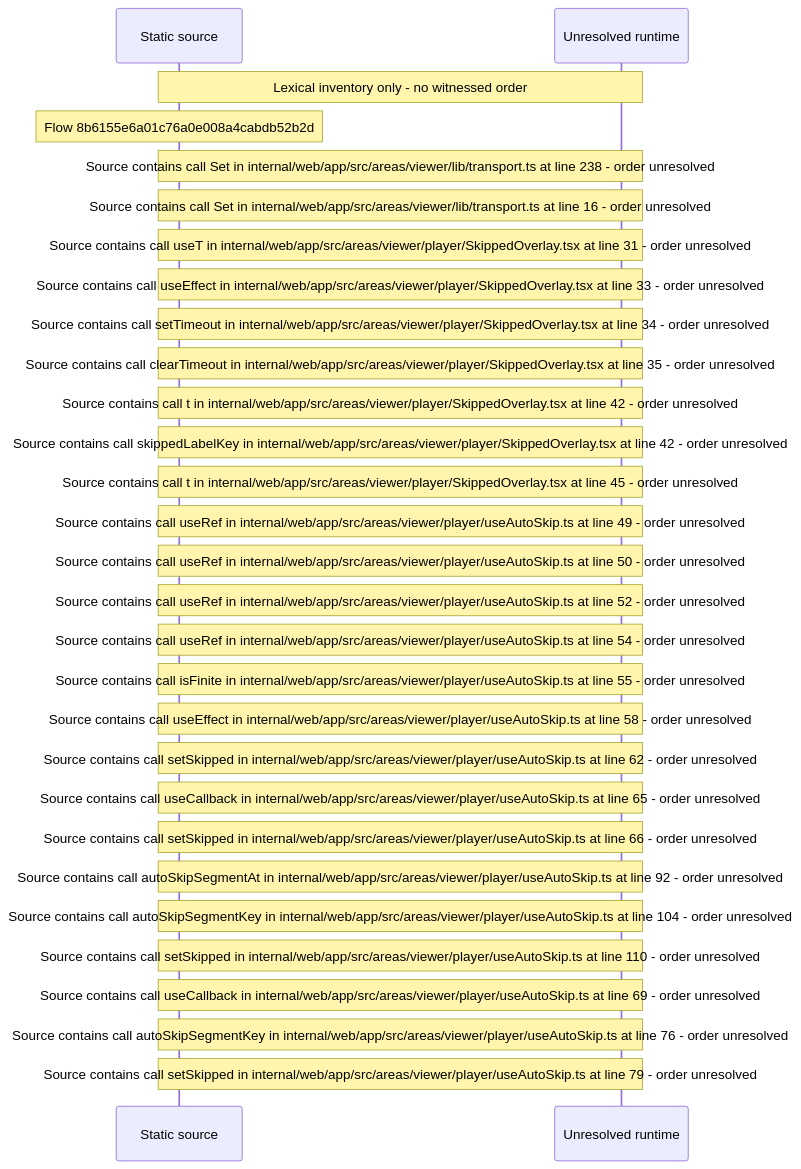
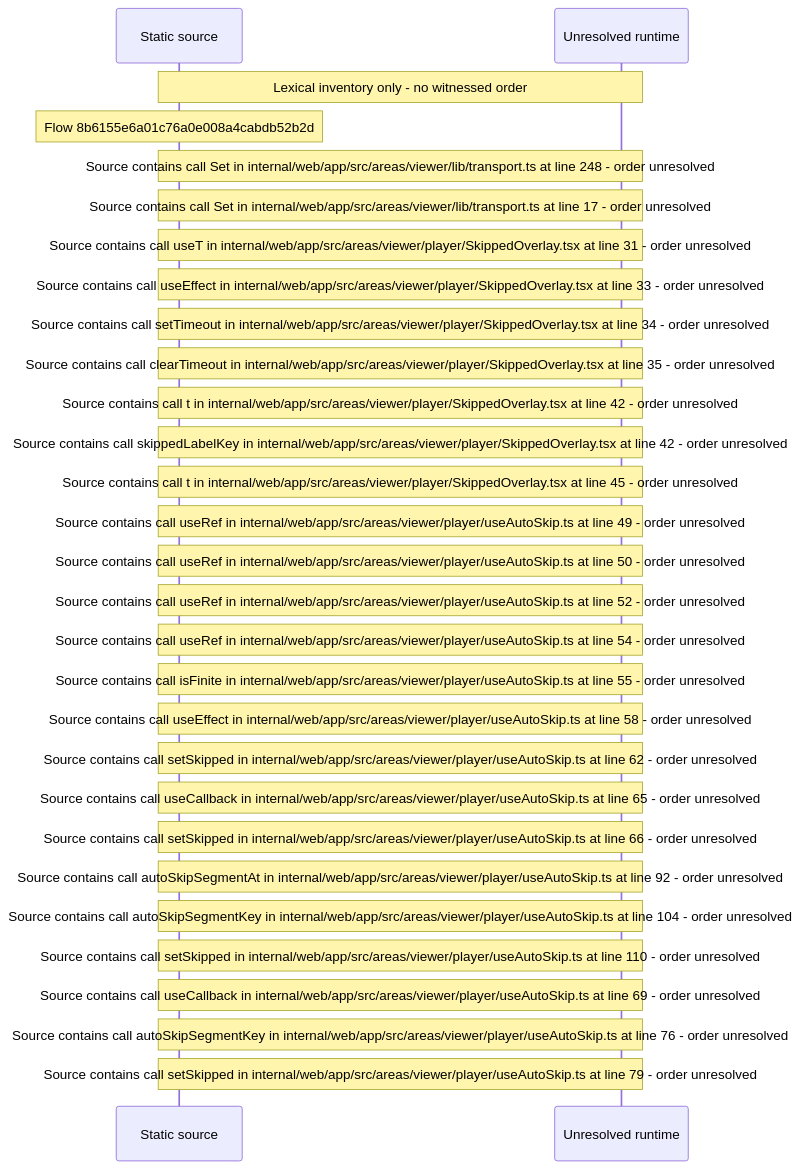
Before and after one commit to beamfall/core: the diagram in docs/web/flows/generated/8b6155e6a01c76a0e008a4cabdb52b2d/flow-diagram.md, drawn with Mermaid. The commit also changed other lines of this file and 715 other files, not shown here.

Commit message:
Regenerate the web flow record on the landing stack head (CORE-1762)

````diff
--- a/docs/web/flows/generated/8b6155e6a01c76a0e008a4cabdb52b2d/flow-diagram.md
+++ b/docs/web/flows/generated/8b6155e6a01c76a0e008a4cabdb52b2d/flow-diagram.md
@@ -10,31 +10,31 @@
 ```mermaid
 sequenceDiagram
     participant S as Static source
     participant U as Unresolved runtime
     Note over S,U: Lexical inventory only - no witnessed order
     Note over S: Flow 8b6155e6a01c76a0e008a4cabdb52b2d
-    Note over S,U: Source contains call Set in internal/web/app/src/areas/viewer/lib/transport.ts at line 238 - order unresolved
-    Note over S,U: Source contains call Set in internal/web/app/src/areas/viewer/lib/transport.ts at line 16 - order unresolved
+    Note over S,U: Source contains call Set in internal/web/app/src/areas/viewer/lib/transport.ts at line 248 - order unresolved
+    Note over S,U: Source contains call Set in internal/web/app/src/areas/viewer/lib/transport.ts at line 17 - order unresolved
     Note over S,U: Source contains call useT in internal/web/app/src/areas/viewer/player/SkippedOverlay.tsx at line 31 - order unresolved
     Note over S,U: Source contains call useEffect in internal/web/app/src/areas/viewer/player/SkippedOverlay.tsx at line 33 - order unresolved
     Note over S,U: Source contains call setTimeout in internal/web/app/src/areas/viewer/player/SkippedOverlay.tsx at line 34 - order unresolved
     Note over S,U: Source contains call clearTimeout in internal/web/app/src/areas/viewer/player/SkippedOverlay.tsx at line 35 - order unresolved
     Note over S,U: Source contains call t in internal/web/app/src/areas/viewer/player/SkippedOverlay.tsx at line 42 - order unresolved
     Note over S,U: Source contains call skippedLabelKey in internal/web/app/src/areas/viewer/player/SkippedOverlay.tsx at line 42 - order unresolved
     Note over S,U: Source contains call t in internal/web/app/src/areas/viewer/player/SkippedOverlay.tsx at line 45 - order unresolved
     Note over S,U: Source contains call useRef in internal/web/app/src/areas/viewer/player/useAutoSkip.ts at line 49 - order unresolved
     Note over S,U: Source contains call useRef in internal/web/app/src/areas/viewer/player/useAutoSkip.ts at line 50 - order unresolved
     Note over S,U: Source contains call useRef in internal/web/app/src/areas/viewer/player/useAutoSkip.ts at line 52 - order unresolved
     Note over S,U: Source contains call useRef in internal/web/app/src/areas/viewer/player/useAutoSkip.ts at line 54 - order unresolved
     Note over S,U: Source contains call isFinite in internal/web/app/src/areas/viewer/player/useAutoSkip.ts at line 55 - order unresolved
     Note over S,U: Source contains call useEffect in internal/web/app/src/areas/viewer/player/useAutoSkip.ts at line 58 - order unresolved
     Note over S,U: Source contains call setSkipped in internal/web/app/src/areas/viewer/player/useAutoSkip.ts at line 62 - order unresolved
     Note over S,U: Source contains call useCallback in internal/web/app/src/areas/viewer/player/useAutoSkip.ts at line 65 - order unresolved
     Note over S,U: Source contains call setSkipped in internal/web/app/src/areas/viewer/player/useAutoSkip.ts at line 66 - order unresolved
     Note over S,U: Source contains call autoSkipSegmentAt in internal/web/app/src/areas/viewer/player/useAutoSkip.ts at line 92 - order unresolved
     Note over S,U: Source contains call autoSkipSegmentKey in internal/web/app/src/areas/viewer/player/useAutoSkip.ts at line 104 - order unresolved
     Note over S,U: Source contains call setSkipped in internal/web/app/src/areas/viewer/player/useAutoSkip.ts at line 110 - order unresolved
     Note over S,U: Source contains call useCallback in internal/web/app/src/areas/viewer/player/useAutoSkip.ts at line 69 - order unresolved
     Note over S,U: Source contains call autoSkipSegmentKey in internal/web/app/src/areas/viewer/player/useAutoSkip.ts at line 76 - order unresolved
     Note over S,U: Source contains call setSkipped in internal/web/app/src/areas/viewer/player/useAutoSkip.ts at line 79 - order unresolved
 ```
````
